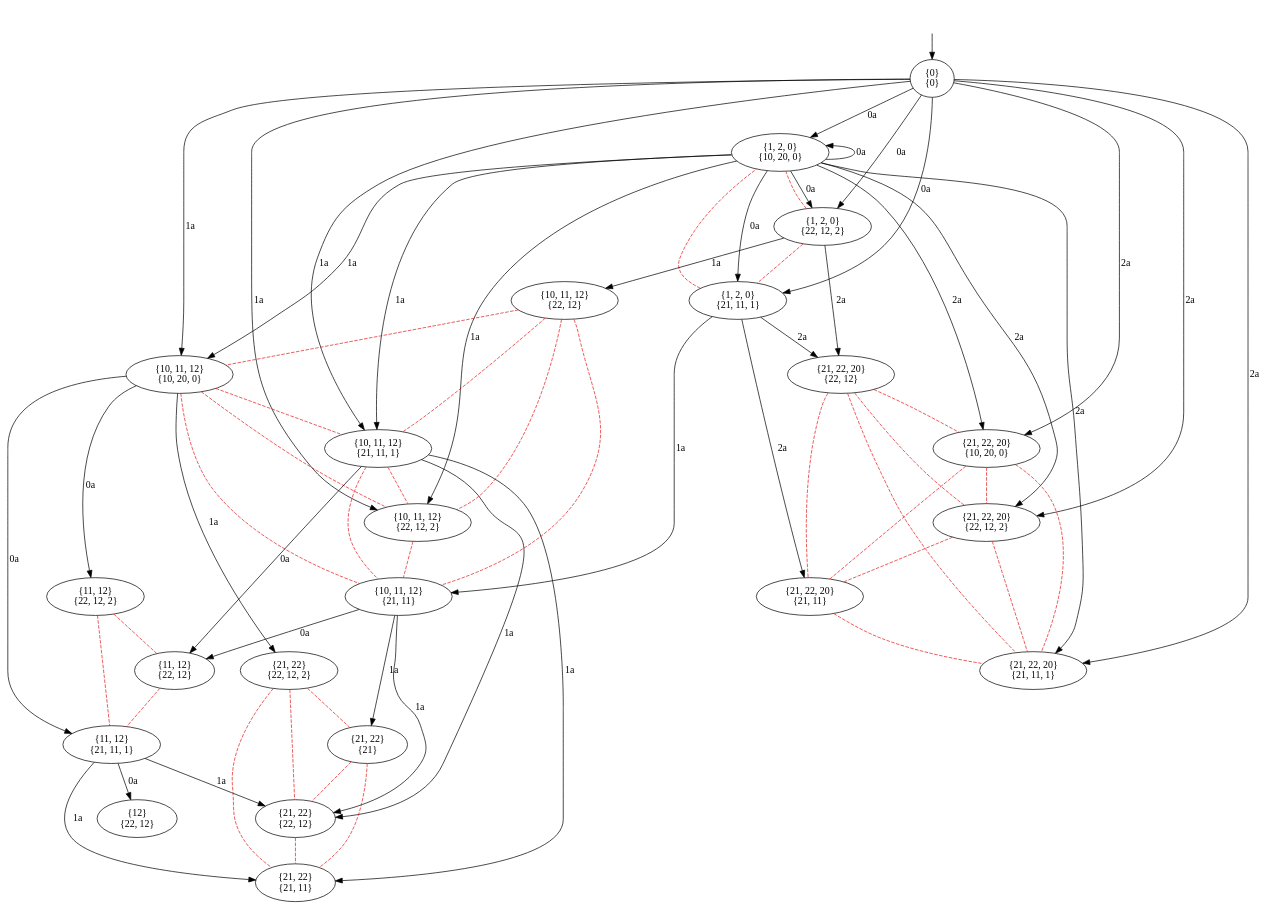
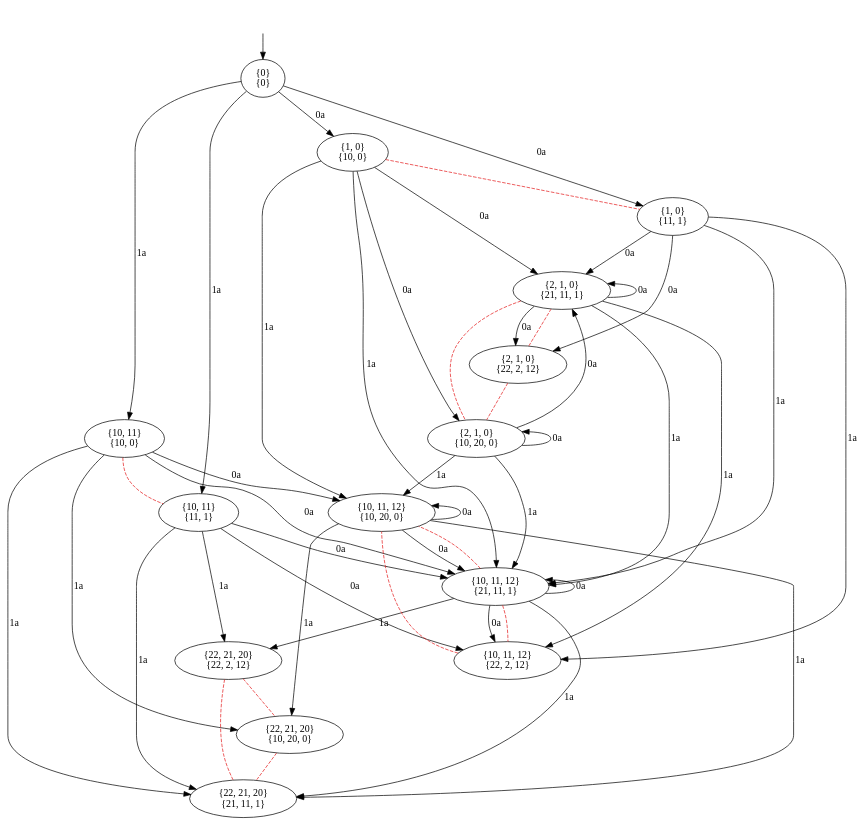
One commit to olandr/mkbsc changed the diagram in pictures/GK0.dot. Above: the diagram before and after it, drawn with Graphviz. The commit also changed 7 other files, not shown here.

```diff
--- a/pictures/GK0.dot
+++ b/pictures/GK0.dot
@@ -1,97 +1,69 @@
 digraph  {
 concentrate=False;
 nodesep=0.5;
 ranksep=0.5;
 splines=True;
-4645279784 [label="{0}\n{0}"];
-4645281128 [label="{1, 2, 0}\n{10, 20, 0}"];
-4645281408 [label="{10, 11, 12}\n{10, 20, 0}"];
-4645280568 [label="{21, 22, 20}\n{10, 20, 0}"];
-4645281744 [label="{1, 2, 0}\n{21, 11, 1}"];
-4645280512 [label="{10, 11, 12}\n{21, 11, 1}"];
-4645280736 [label="{21, 22, 20}\n{21, 11, 1}"];
-4645279840 [label="{1, 2, 0}\n{22, 12, 2}"];
-4645279504 [label="{10, 11, 12}\n{22, 12, 2}"];
-4645280624 [label="{21, 22, 20}\n{22, 12, 2}"];
-4645250552 [label="{11, 12}\n{21, 11, 1}"];
-4645249712 [label="{11, 12}\n{22, 12, 2}"];
-4645250832 [label="{21, 22}\n{22, 12, 2}"];
-4645250944 [label="{10, 11, 12}\n{21, 11}"];
-4645251504 [label="{21, 22, 20}\n{21, 11}"];
-4645251616 [label="{21, 22, 20}\n{22, 12}"];
-4645251168 [label="{21, 22}\n{21, 11}"];
-4645251896 [label="{11, 12}\n{22, 12}"];
-4645251784 [label="{21, 22}\n{22, 12}"];
-4645252120 [label="{10, 11, 12}\n{22, 12}"];
-4645251672 [label="{12}\n{22, 12}"];
-4645252512 [label="{21, 22}\n{21}"];
+4595096320 [label="{0}\n{0}"];
+4595096208 [label="{1, 0}\n{10, 0}"];
+4595093688 [label="{10, 11}\n{10, 0}"];
+4595097384 [label="{1, 0}\n{11, 1}"];
+4595280080 [label="{10, 11}\n{11, 1}"];
+4595278176 [label="{2, 1, 0}\n{10, 20, 0}"];
+4595278064 [label="{10, 11, 12}\n{10, 20, 0}"];
+4595281704 [label="{2, 1, 0}\n{21, 11, 1}"];
+4595280416 [label="{10, 11, 12}\n{21, 11, 1}"];
+4595237328 [label="{22, 21, 20}\n{10, 20, 0}"];
+4595237608 [label="{22, 21, 20}\n{21, 11, 1}"];
+4595238784 [label="{2, 1, 0}\n{22, 2, 12}"];
+4595238896 [label="{10, 11, 12}\n{22, 2, 12}"];
+4595239232 [label="{22, 21, 20}\n{22, 2, 12}"];
 hidden [label="", shape=none];
-4645279784 -> 4645281128  [action="('0a',)", key="('0a',)", label="0a"];
-4645279784 -> 4645281408  [action="('1a',)", key="('1a',)", label="1a"];
-4645279784 -> 4645280568  [action="('2a',)", key="('2a',)", label="2a"];
-4645279784 -> 4645281744  [action="('0a',)", key="('0a',)", label="0a"];
-4645279784 -> 4645280512  [action="('1a',)", key="('1a',)", label="1a"];
-4645279784 -> 4645280736  [action="('2a',)", key="('2a',)", label="2a"];
-4645279784 -> 4645279840  [action="('0a',)", key="('0a',)", label="0a"];
-4645279784 -> 4645279504  [action="('1a',)", key="('1a',)", label="1a"];
-4645279784 -> 4645280624  [action="('2a',)", key="('2a',)", label="2a"];
-4645281128 -> 4645281128  [action="('0a',)", dir=back, key="('0a',)", label="0a"];
-4645281128 -> 4645281408  [action="('1a',)", key="('1a',)", label="1a"];
-4645281128 -> 4645280568  [action="('2a',)", key="('2a',)", label="2a"];
-4645281128 -> 4645281744  [action="('0a',)", key="('0a',)", label="0a"];
-4645281128 -> 4645280512  [action="('1a',)", key="('1a',)", label="1a"];
-4645281128 -> 4645280736  [action="('2a',)", key="('2a',)", label="2a"];
-4645281128 -> 4645279840  [action="('0a',)", key="('0a',)", label="0a"];
-4645281128 -> 4645279504  [action="('1a',)", key="('1a',)", label="1a"];
-4645281128 -> 4645280624  [action="('2a',)", key="('2a',)", label="2a"];
-4645281408 -> 4645250552  [action="('0a',)", key="('0a',)", label="0a"];
-4645281408 -> 4645249712  [action="('0a',)", key="('0a',)", label="0a"];
-4645281408 -> 4645250832  [action="('1a',)", key="('1a',)", label="1a"];
-4645281408 -> 4645280512  [arrowhead=none, color=1, colorscheme=set19, constraint=True, key=0, label="", style=dashed];
-4645281408 -> 4645279504  [arrowhead=none, color=1, colorscheme=set19, constraint=True, key=0, label="", style=dashed];
-4645281408 -> 4645250944  [arrowhead=none, color=1, colorscheme=set19, constraint=True, key=0, label="", style=dashed];
-4645280568 -> 4645280624  [arrowhead=none, color=1, colorscheme=set19, constraint=True, key=0, label="", style=dashed];
-4645280568 -> 4645251504  [arrowhead=none, color=1, colorscheme=set19, constraint=True, key=0, label="", style=dashed];
-4645280568 -> 4645280736  [arrowhead=none, color=1, colorscheme=set19, constraint=True, key=0, label="", style=dashed];
-4645281744 -> 4645250944  [action="('1a',)", key="('1a',)", label="1a"];
-4645281744 -> 4645251504  [action="('2a',)", key="('2a',)", label="2a"];
-4645281744 -> 4645251616  [action="('2a',)", key="('2a',)", label="2a"];
-4645281744 -> 4645281128  [arrowhead=none, color=1, colorscheme=set19, constraint=True, key=0, label="", style=dashed];
-4645280512 -> 4645251168  [action="('1a',)", key="('1a',)", label="1a"];
-4645280512 -> 4645251896  [action="('0a',)", key="('0a',)", label="0a"];
-4645280512 -> 4645251784  [action="('1a',)", key="('1a',)", label="1a"];
-4645280512 -> 4645279504  [arrowhead=none, color=1, colorscheme=set19, constraint=True, key=0, label="", style=dashed];
-4645280512 -> 4645250944  [arrowhead=none, color=1, colorscheme=set19, constraint=True, key=0, label="", style=dashed];
-4645279840 -> 4645252120  [action="('1a',)", key="('1a',)", label="1a"];
-4645279840 -> 4645251616  [action="('2a',)", key="('2a',)", label="2a"];
-4645279840 -> 4645281744  [arrowhead=none, color=1, colorscheme=set19, constraint=True, key=0, label="", style=dashed];
-4645279840 -> 4645281128  [arrowhead=none, color=1, colorscheme=set19, constraint=True, key=0, label="", style=dashed];
-4645279504 -> 4645250944  [arrowhead=none, color=1, colorscheme=set19, constraint=True, key=0, label="", style=dashed];
-4645280624 -> 4645251504  [arrowhead=none, color=1, colorscheme=set19, constraint=True, key=0, label="", style=dashed];
-4645280624 -> 4645280736  [arrowhead=none, color=1, colorscheme=set19, constraint=True, key=0, label="", style=dashed];
-4645250552 -> 4645251168  [action="('1a',)", key="('1a',)", label="1a"];
-4645250552 -> 4645251672  [action="('0a',)", key="('0a',)", label="0a"];
-4645250552 -> 4645251784  [action="('1a',)", key="('1a',)", label="1a"];
-4645249712 -> 4645251896  [arrowhead=none, color=1, colorscheme=set19, constraint=True, key=0, label="", style=dashed];
-4645249712 -> 4645250552  [arrowhead=none, color=1, colorscheme=set19, constraint=True, key=0, label="", style=dashed];
-4645250832 -> 4645252512  [arrowhead=none, color=1, colorscheme=set19, constraint=True, key=0, label="", style=dashed];
-4645250832 -> 4645251784  [arrowhead=none, color=1, colorscheme=set19, constraint=True, key=0, label="", style=dashed];
-4645250832 -> 4645251168  [arrowhead=none, color=1, colorscheme=set19, constraint=True, key=0, label="", style=dashed];
-4645250944 -> 4645252512  [action="('1a',)", key="('1a',)", label="1a"];
-4645250944 -> 4645251896  [action="('0a',)", key="('0a',)", label="0a"];
-4645250944 -> 4645251784  [action="('1a',)", key="('1a',)", label="1a"];
-4645251504 -> 4645280736  [arrowhead=none, color=1, colorscheme=set19, constraint=True, key=0, label="", style=dashed];
-4645251616 -> 4645280568  [arrowhead=none, color=1, colorscheme=set19, constraint=True, key=0, label="", style=dashed];
-4645251616 -> 4645280624  [arrowhead=none, color=1, colorscheme=set19, constraint=True, key=0, label="", style=dashed];
-4645251616 -> 4645251504  [arrowhead=none, color=1, colorscheme=set19, constraint=True, key=0, label="", style=dashed];
-4645251616 -> 4645280736  [arrowhead=none, color=1, colorscheme=set19, constraint=True, key=0, label="", style=dashed];
-4645251896 -> 4645250552  [arrowhead=none, color=1, colorscheme=set19, constraint=True, key=0, label="", style=dashed];
-4645251784 -> 4645251168  [arrowhead=none, color=1, colorscheme=set19, constraint=True, key=0, label="", style=dashed];
-4645252120 -> 4645281408  [arrowhead=none, color=1, colorscheme=set19, constraint=True, key=0, label="", style=dashed];
-4645252120 -> 4645280512  [arrowhead=none, color=1, colorscheme=set19, constraint=True, key=0, label="", style=dashed];
-4645252120 -> 4645279504  [arrowhead=none, color=1, colorscheme=set19, constraint=True, key=0, label="", style=dashed];
-4645252120 -> 4645250944  [arrowhead=none, color=1, colorscheme=set19, constraint=True, key=0, label="", style=dashed];
-4645252512 -> 4645251784  [arrowhead=none, color=1, colorscheme=set19, constraint=True, key=0, label="", style=dashed];
-4645252512 -> 4645251168  [arrowhead=none, color=1, colorscheme=set19, constraint=True, key=0, label="", style=dashed];
-hidden -> 4645279784  [key=0];
+4595096320 -> 4595096208  [action="('0a',)", key="('0a',)", label="0a"];
+4595096320 -> 4595093688  [action="('1a',)", key="('1a',)", label="1a"];
+4595096320 -> 4595097384  [action="('0a',)", key="('0a',)", label="0a"];
+4595096320 -> 4595280080  [action="('1a',)", key="('1a',)", label="1a"];
+4595096208 -> 4595278176  [action="('0a',)", key="('0a',)", label="0a"];
+4595096208 -> 4595278064  [action="('1a',)", key="('1a',)", label="1a"];
+4595096208 -> 4595281704  [action="('0a',)", key="('0a',)", label="0a"];
+4595096208 -> 4595280416  [action="('1a',)", key="('1a',)", label="1a"];
+4595096208 -> 4595097384  [arrowhead=none, color=1, colorscheme=set19, constraint=True, key=0, label="", style=dashed];
+4595093688 -> 4595278064  [action="('0a',)", key="('0a',)", label="0a"];
+4595093688 -> 4595237328  [action="('1a',)", key="('1a',)", label="1a"];
+4595093688 -> 4595280416  [action="('0a',)", key="('0a',)", label="0a"];
+4595093688 -> 4595237608  [action="('1a',)", key="('1a',)", label="1a"];
+4595093688 -> 4595280080  [arrowhead=none, color=1, colorscheme=set19, constraint=True, key=0, label="", style=dashed];
+4595097384 -> 4595281704  [action="('0a',)", key="('0a',)", label="0a"];
+4595097384 -> 4595280416  [action="('1a',)", key="('1a',)", label="1a"];
+4595097384 -> 4595238784  [action="('0a',)", key="('0a',)", label="0a"];
+4595097384 -> 4595238896  [action="('1a',)", key="('1a',)", label="1a"];
+4595280080 -> 4595280416  [action="('0a',)", key="('0a',)", label="0a"];
+4595280080 -> 4595237608  [action="('1a',)", key="('1a',)", label="1a"];
+4595280080 -> 4595238896  [action="('0a',)", key="('0a',)", label="0a"];
+4595280080 -> 4595239232  [action="('1a',)", key="('1a',)", label="1a"];
+4595278176 -> 4595278176  [action="('0a',)", dir=back, key="('0a',)", label="0a"];
+4595278176 -> 4595278064  [action="('1a',)", key="('1a',)", label="1a"];
+4595278176 -> 4595281704  [action="('0a',)", key="('0a',)", label="0a"];
+4595278176 -> 4595280416  [action="('1a',)", key="('1a',)", label="1a"];
+4595278064 -> 4595278064  [action="('0a',)", dir=back, key="('0a',)", label="0a"];
+4595278064 -> 4595237328  [action="('1a',)", key="('1a',)", label="1a"];
+4595278064 -> 4595280416  [action="('0a',)", key="('0a',)", label="0a"];
+4595278064 -> 4595237608  [action="('1a',)", key="('1a',)", label="1a"];
+4595281704 -> 4595281704  [action="('0a',)", dir=back, key="('0a',)", label="0a"];
+4595281704 -> 4595280416  [action="('1a',)", key="('1a',)", label="1a"];
+4595281704 -> 4595238784  [action="('0a',)", key="('0a',)", label="0a"];
+4595281704 -> 4595238896  [action="('1a',)", key="('1a',)", label="1a"];
+4595281704 -> 4595278176  [arrowhead=none, color=1, colorscheme=set19, constraint=True, key=0, label="", style=dashed];
+4595280416 -> 4595280416  [action="('0a',)", dir=back, key="('0a',)", label="0a"];
+4595280416 -> 4595237608  [action="('1a',)", key="('1a',)", label="1a"];
+4595280416 -> 4595238896  [action="('0a',)", key="('0a',)", label="0a"];
+4595280416 -> 4595238896  [arrowhead=none, color=1, colorscheme=set19, constraint=True, key=1, label="", style=dashed];
+4595280416 -> 4595239232  [action="('1a',)", key="('1a',)", label="1a"];
+4595280416 -> 4595278064  [arrowhead=none, color=1, colorscheme=set19, constraint=True, key=0, label="", style=dashed];
+4595237328 -> 4595237608  [arrowhead=none, color=1, colorscheme=set19, constraint=True, key=0, label="", style=dashed];
+4595238784 -> 4595281704  [arrowhead=none, color=1, colorscheme=set19, constraint=True, key=0, label="", style=dashed];
+4595238784 -> 4595278176  [arrowhead=none, color=1, colorscheme=set19, constraint=True, key=0, label="", style=dashed];
+4595238896 -> 4595278064  [arrowhead=none, color=1, colorscheme=set19, constraint=True, key=0, label="", style=dashed];
+4595239232 -> 4595237328  [arrowhead=none, color=1, colorscheme=set19, constraint=True, key=0, label="", style=dashed];
+4595239232 -> 4595237608  [arrowhead=none, color=1, colorscheme=set19, constraint=True, key=0, label="", style=dashed];
+hidden -> 4595096320  [key=0];
 }
```
